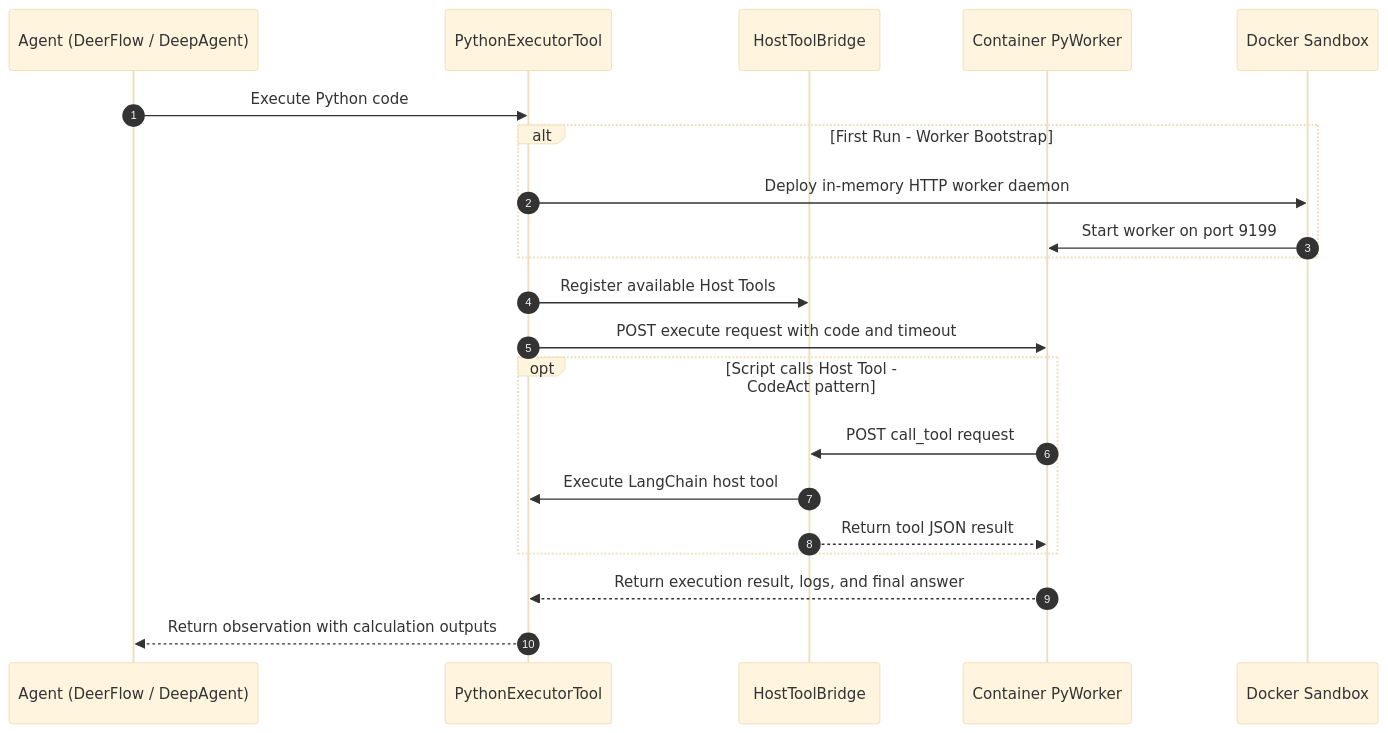
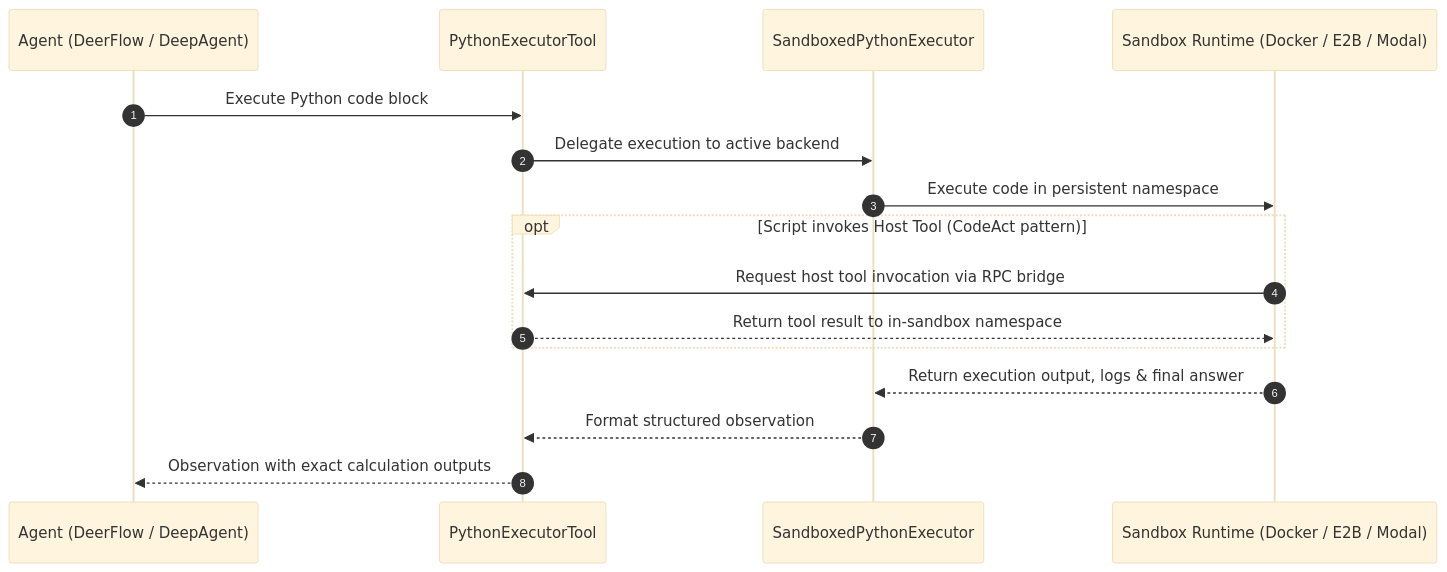
One commit to tclatos/genai-tk changed the second of 4 diagrams in docs/design/deerflow_architecture_and_benchmarks.md. Above: the diagram before and after it, drawn with Mermaid (base theme). The commit also changed other lines of this file and 15 other files, not shown here.

Commit message:
feat(sandbox): decouple sandbox factory, protocol, and python executors; simplify architecture docs

````diff
--- a/docs/design/deerflow_architecture_and_benchmarks.md
+++ b/docs/design/deerflow_architecture_and_benchmarks.md
@@ -84,24 +70,19 @@
 ```mermaid
 sequenceDiagram
     autonumber
     participant Agent as Agent (DeerFlow / DeepAgent)
     participant Tool as PythonExecutorTool
-    participant Bridge as HostToolBridge
-    participant Worker as Container PyWorker
-    participant Sandbox as Docker Sandbox
+    participant Executor as SandboxedPythonExecutor
+    participant Sandbox as Sandbox Runtime (Docker / E2B / Modal)
 
-    Agent->>Tool: Execute Python code
-    alt First Run - Worker Bootstrap
-        Tool->>Sandbox: Deploy in-memory HTTP worker daemon
-        Sandbox->>Worker: Start worker on port 9199
+    Agent->>Tool: Execute Python code block
+    Tool->>Executor: Delegate execution to active backend
+    Executor->>Sandbox: Execute code in persistent namespace
+    opt Script invokes Host Tool (CodeAct pattern)
+        Sandbox->>Tool: Request host tool invocation via RPC bridge
+        Tool-->>Sandbox: Return tool result to in-sandbox namespace
     end
-    Tool->>Bridge: Register available Host Tools
-    Tool->>Worker: POST execute request with code and timeout
-    opt Script calls Host Tool - CodeAct pattern
-        Worker->>Bridge: POST call_tool request
-        Bridge->>Tool: Execute LangChain host tool
-        Bridge-->>Worker: Return tool JSON result
-    end
-    Worker-->>Tool: Return execution result, logs, and final answer
-    Tool-->>Agent: Return observation with calculation outputs
+    Sandbox-->>Executor: Return execution output, logs & final answer
+    Executor-->>Tool: Format structured observation
+    Tool-->>Agent: Observation with exact calculation outputs
 ```
````
